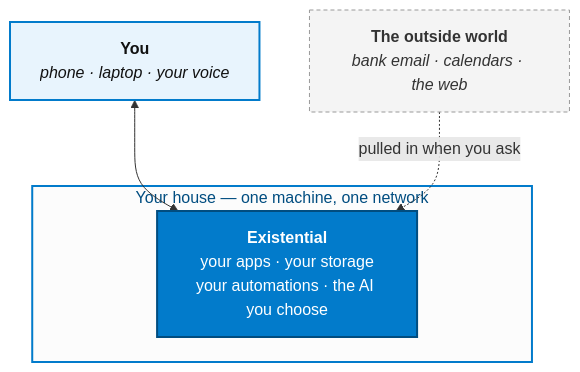
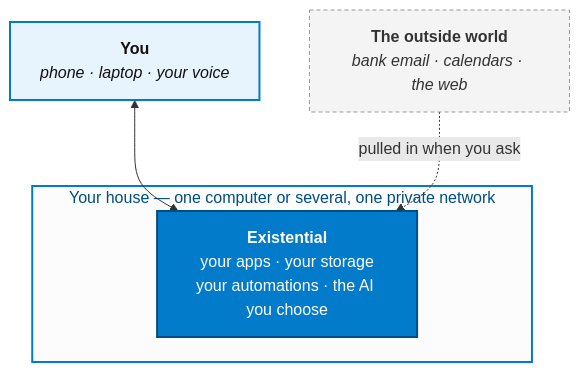
Before and after one commit to jtmckay/existential: the diagram in site/docs/intro.md, drawn with Mermaid. The commit also changed other lines of this file and 96 other files, not shown here.

````diff
--- a/site/docs/intro.md
+++ b/site/docs/intro.md
@@ -32,20 +32,20 @@
 ```mermaid
 flowchart TB
     you["<b>You</b><br/><i>phone · laptop · your voice</i>"]
     outside["<b>The outside world</b><br/><i>bank email · calendars · the web</i>"]
 
-    subgraph house["Your house — one machine, one network"]
+    subgraph house["Your house — one computer or several, one private network"]
         ex["<b>Existential</b><br/>your apps · your storage<br/>your automations · the AI you choose"]
     end
 
     you <--> ex
     outside -. "pulled in when you ask" .-> ex
 
     classDef me fill:#e8f4fd,stroke:#027bcb,stroke-width:2px,color:#111
     classDef core fill:#027bcb,stroke:#014d80,stroke-width:2px,color:#fff
     classDef ext fill:#f4f4f4,stroke:#999,stroke-dasharray:4 3,color:#333
     class you me
     class ex core
     class outside ext
     style house fill:#fcfcfc,stroke:#027bcb,stroke-width:2px,color:#014d80
 ```
````
